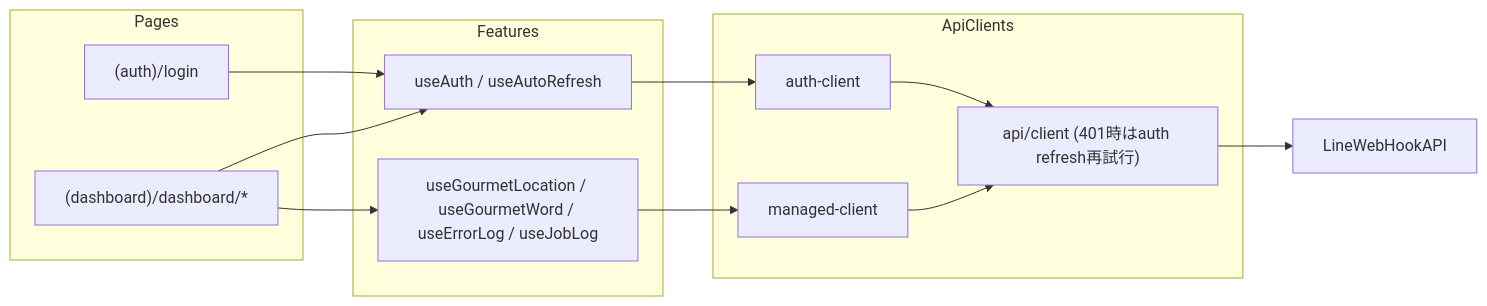
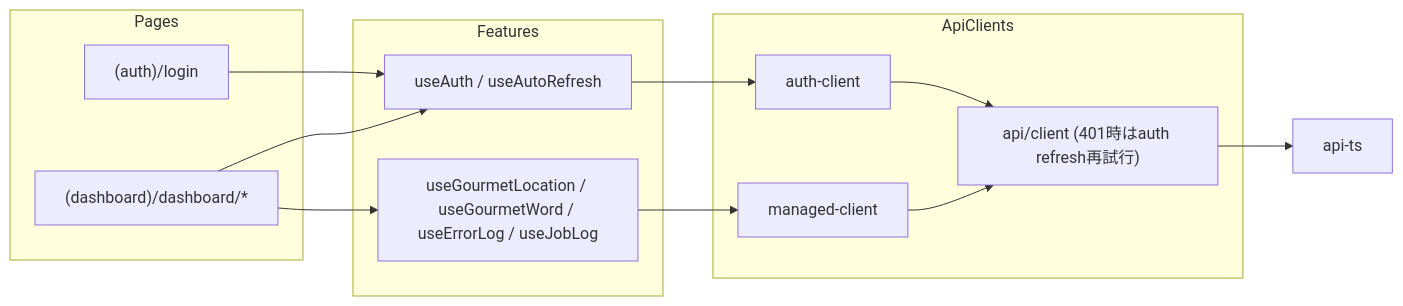
One commit to agts86/G-Searcher changed the third of 4 diagrams in Architect.md. Above: the diagram before and after it, drawn with Mermaid. The commit also changed other lines of this file and 17 other files, not shown here.

````diff
--- a/Architect.md
+++ b/Architect.md
@@ -97,27 +91,27 @@
 ```mermaid
 graph LR
     subgraph Pages
       Login["(auth)/login"]
       Dashboard["(dashboard)/dashboard/*"]
     end
 
     subgraph Features
       UseAuth["useAuth / useAutoRefresh"]
       UseLogs["useGourmetLocation / useGourmetWord / useErrorLog / useJobLog"]
     end
 
     subgraph ApiClients
       AuthClient["auth-client"]
       ManagedClient["managed-client"]
       Client["api/client (401時はauth refresh再試行)"]
     end
 
-    Api["LineWebHookAPI"]
+    Api["api-ts"]
 
     Login --> UseAuth
     Dashboard --> UseAuth
     Dashboard --> UseLogs
     UseAuth --> AuthClient --> Client
     UseLogs --> ManagedClient --> Client
     Client --> Api
 ```
````
